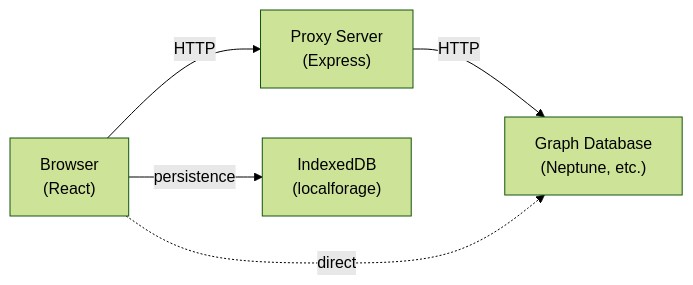
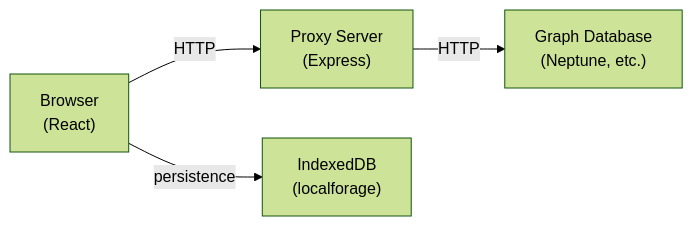
One commit to aws/graph-explorer changed the diagram in docs/architecture.md. Above: the diagram before and after it, drawn with Mermaid (forest theme). The commit also changed other lines of this file and 101 other files, not shown here.

````diff
--- a/docs/architecture.md
+++ b/docs/architecture.md
@@ -12,7 +12,6 @@
 ```mermaid
 graph LR
     Browser["Browser\n(React)"] -- HTTP --> Proxy["Proxy Server\n(Express)"]
     Proxy -- HTTP --> DB["Graph Database\n(Neptune, etc.)"]
-    Browser -. direct .-> DB
     Browser -- persistence --> IDB["IndexedDB\n(localforage)"]
 ```
````
